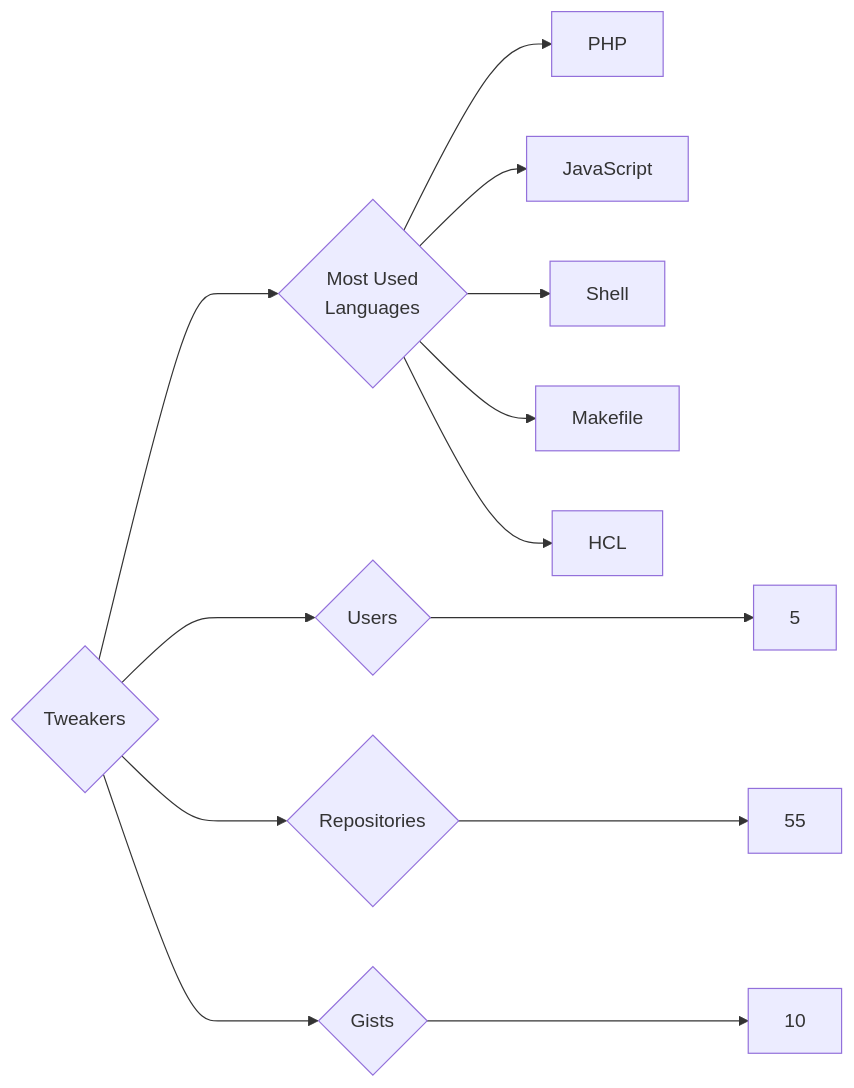
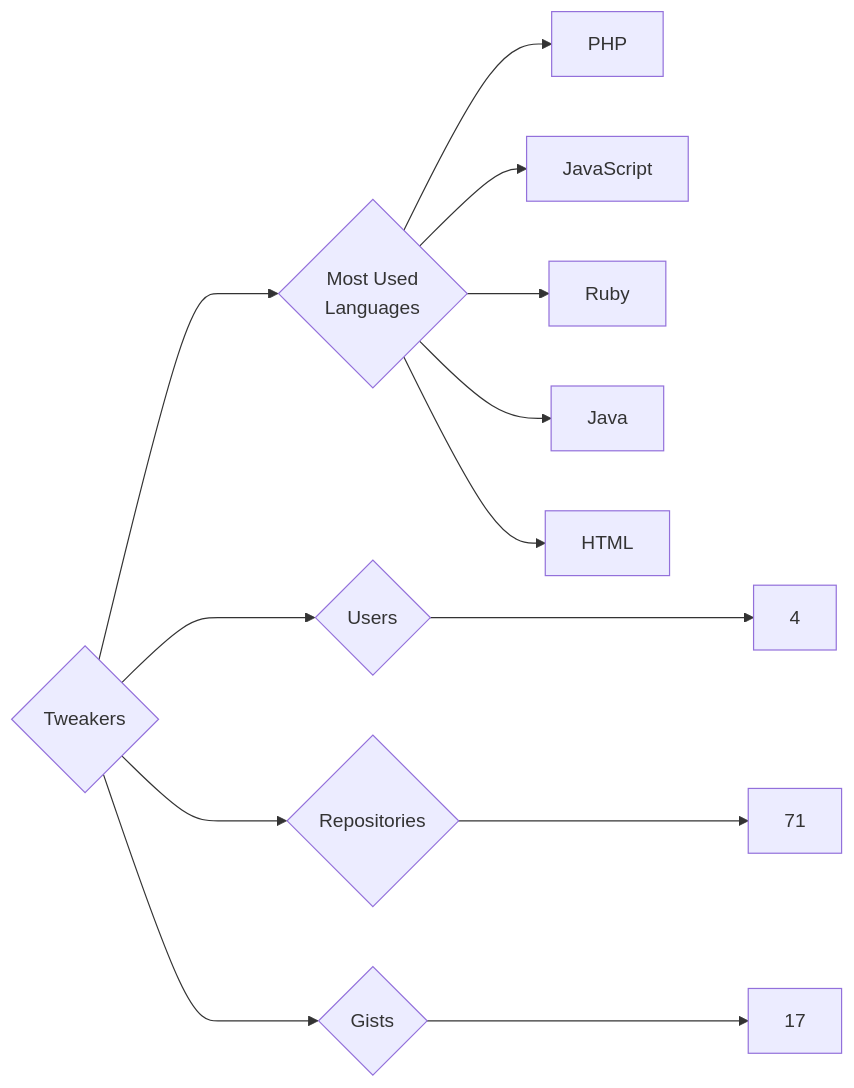
The diagram in targets/Tweakers/README.md (trickest/insiders), drawn with Mermaid before and after one commit. The commit also changed 903 other files, not shown here.

````diff
--- a/targets/Tweakers/README.md
+++ b/targets/Tweakers/README.md
@@ -3,13 +3,13 @@
 ```mermaid
 graph LR
 COMPANY_NAME{Tweakers}
-COMPANY_NAME ---> U{Users} ---> UN[5]
-COMPANY_NAME ---> R{Repositories} ---> RN[55]
-COMPANY_NAME ---> G{Gists} ---> GN[10]
+COMPANY_NAME ---> U{Users} ---> UN[4]
+COMPANY_NAME ---> R{Repositories} ---> RN[71]
+COMPANY_NAME ---> G{Gists} ---> GN[17]
 COMPANY_NAME ---> ML{Most Used<br>Languages}
 ML --> PHP[PHP]
 ML --> JavaScript[JavaScript]
-ML --> Shell[Shell]
-ML --> Makefile[Makefile]
-ML --> HCL[HCL]
+ML --> Ruby[Ruby]
+ML --> Java[Java]
+ML --> HTML[HTML]
 ```
````
